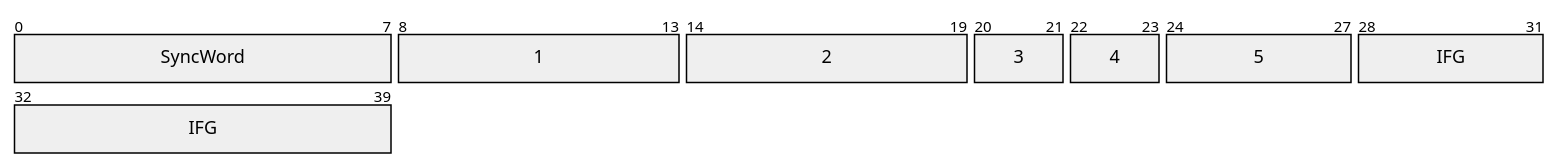
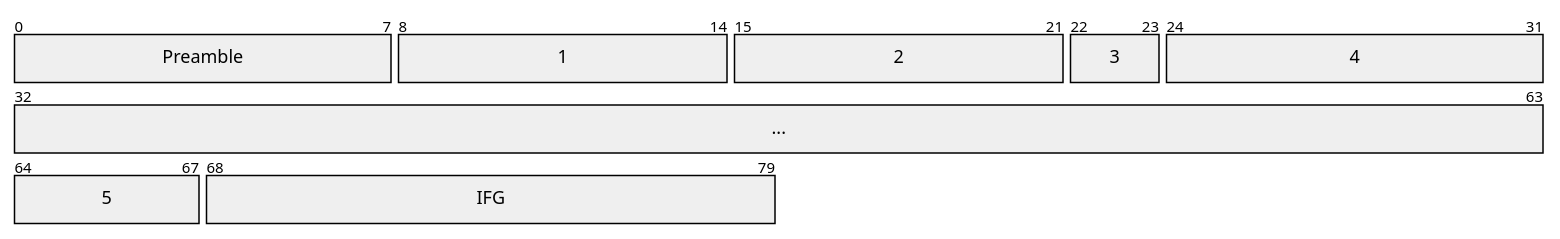
Before and after one commit to devKaos117/tech.lib: the diagram in tech.lib/Networks/1. Interface/Ethernet.md, drawn with Mermaid. The commit also changed other lines of this file and 5 other files, not shown here.

````diff
--- a/tech.lib/Networks/1. Interface/Ethernet.md
+++ b/tech.lib/Networks/1. Interface/Ethernet.md
@@ -13,10 +13,11 @@
 ```mermaid
 packet-beta
-0-7: "SyncWord"
-8-13: "1"
-14-19: "2"
-20-21: "3"
-22-23: "4"
-24-27: "5"
-28-39: "IFG"
+0-7: "Preamble"
+8-14: "1"
+15-21: "2"
+22-23: "3"
+24-31: "4"
+32-63: "..."
+64-67: "5"
+68-79: "IFG"
 ```
````
